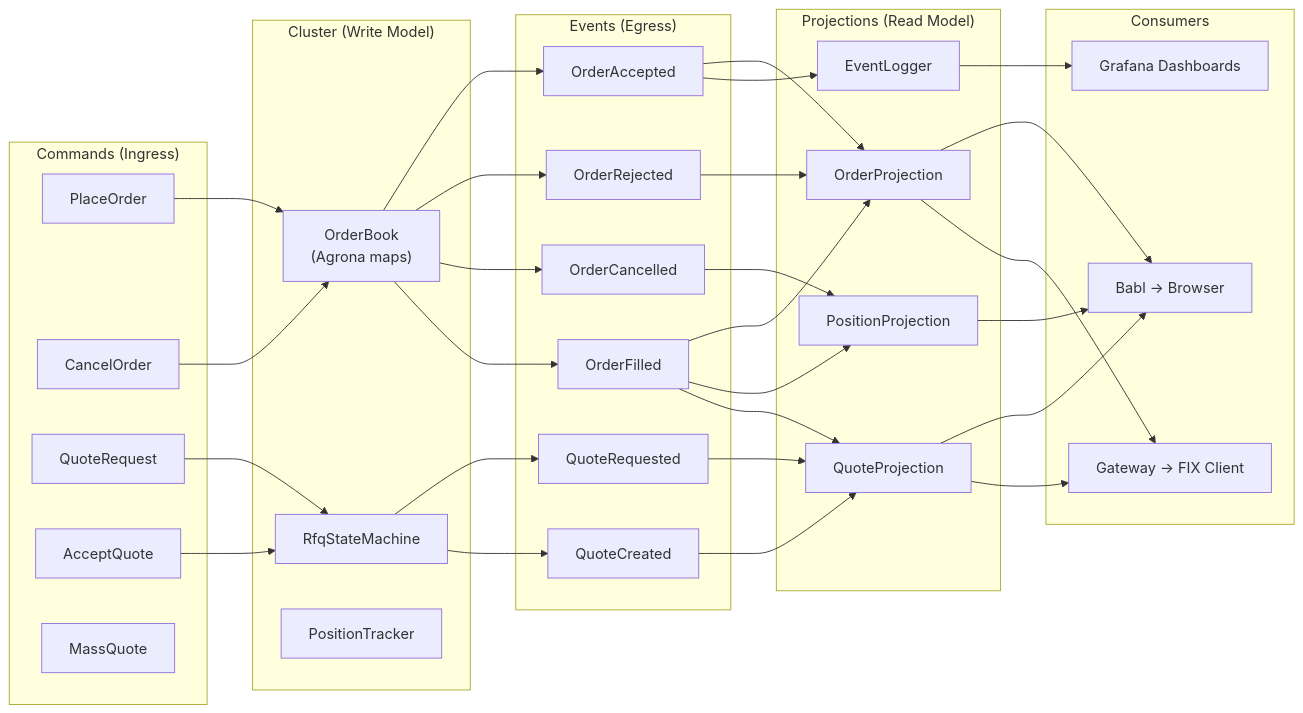
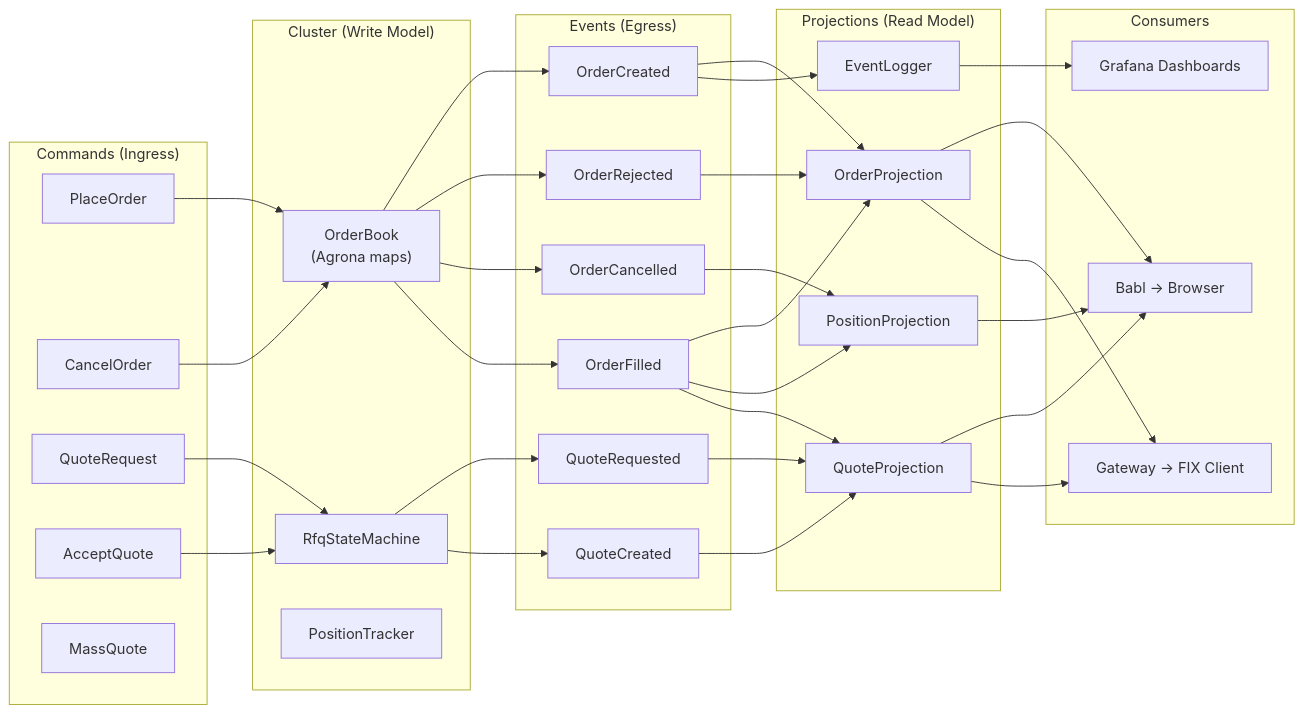
One commit to jsohi/app-trading-engine changed the diagram in docs/event-map.md. Above: the diagram before and after it, drawn with Mermaid. The commit also changed other lines of this file and 3 other files, not shown here.

````diff
--- a/docs/event-map.md
+++ b/docs/event-map.md
@@ -83,67 +96,67 @@
 ```mermaid
 graph LR
     subgraph Ingress["Commands (Ingress)"]
         PlaceOrder
         CancelOrder
         QuoteRequest
         AcceptQuote
         MassQuote
     end
 
     subgraph Cluster["Cluster (Write Model)"]
         OH["OrderBook<br/>(Agrona maps)"]
         RFQ["RfqStateMachine"]
         PT["PositionTracker"]
     end
 
     subgraph Events["Events (Egress)"]
-        OA["OrderAccepted"]
+        OA["OrderCreated"]
         OR["OrderRejected"]
+        OF["OrderFilled"]
         OC["OrderCancelled"]
-        OF["OrderFilled"]
         QReq["QuoteRequested"]
         QC["QuoteCreated"]
     end
 
     subgraph ReadModel["Projections (Read Model)"]
         OP["OrderProjection"]
         PP["PositionProjection"]
         QP["QuoteProjection"]
         EL["EventLogger"]
     end
 
     subgraph Consumers["Consumers"]
         Babl["Babl → Browser"]
         FIX["Gateway → FIX Client"]
         Grafana["Grafana Dashboards"]
     end
 
     PlaceOrder --> OH
     CancelOrder --> OH
     QuoteRequest --> RFQ
     AcceptQuote --> RFQ
 
     OH --> OA
     OH --> OR
     OH --> OC
     OH --> OF
     RFQ --> QReq
     RFQ --> QC
 
     OA --> OP
     OA --> EL
     OR --> OP
     OF --> OP
     OF --> PP
     OF --> QP
     OC --> PP
     QReq --> QP
     QC --> QP
 
     OP --> Babl
     PP --> Babl
     QP --> Babl
     OP --> FIX
     QP --> FIX
     EL --> Grafana
 ```
````
